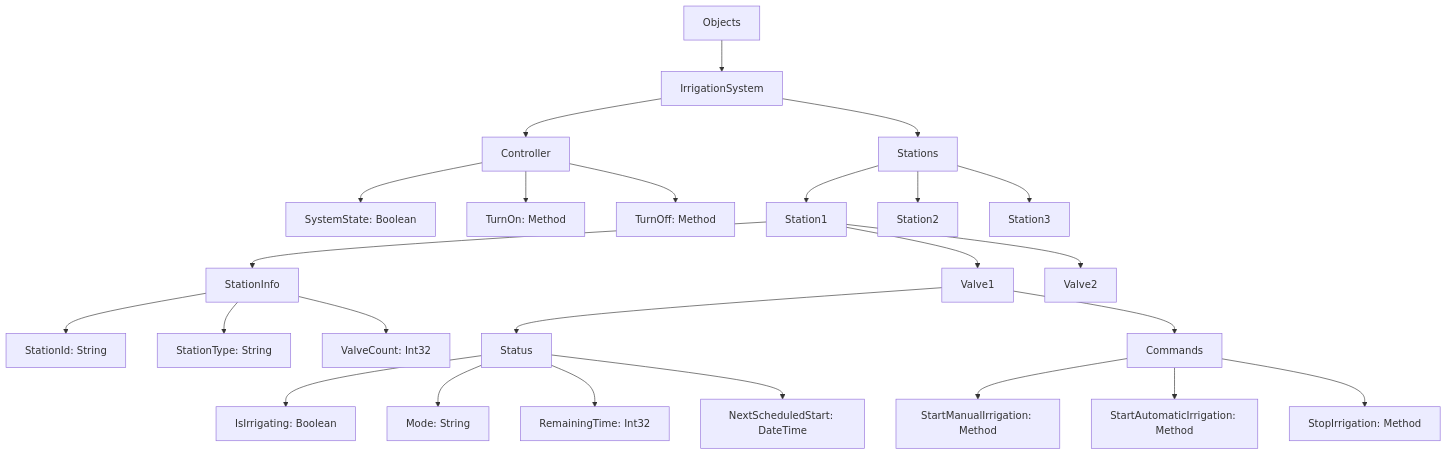
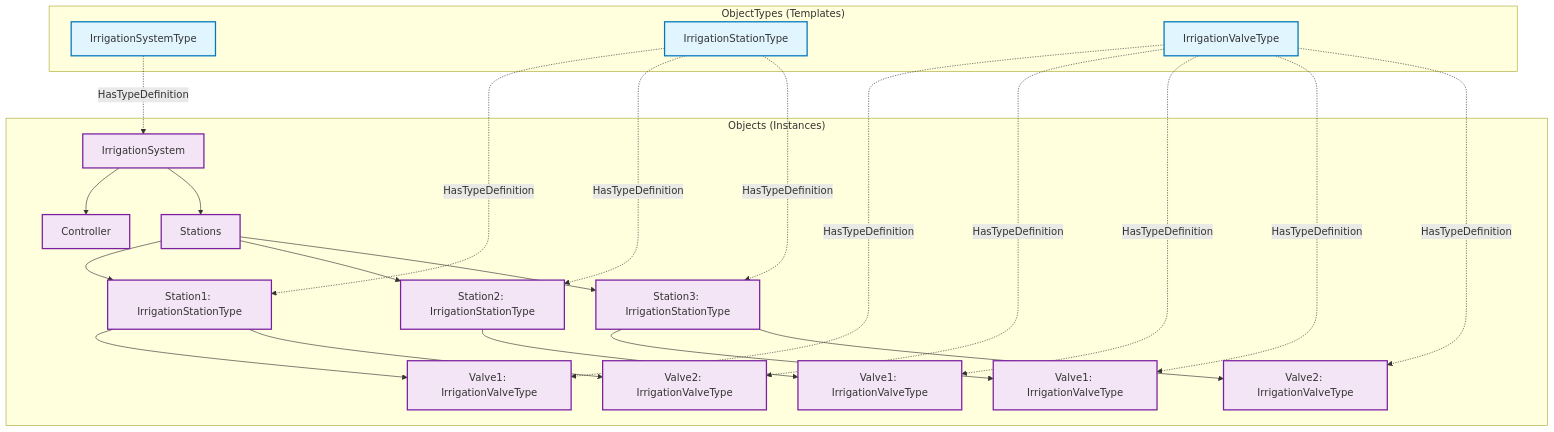
The diagram in docs/addressspace_design.md (matteo-didone/opcua-irrigation-system), drawn with Mermaid before and after one commit. The commit also changed other lines of this file and 4 other files, not shown here.

Commit message:
Improved overall structure implementing object types; updated README

````diff
--- a/docs/addressspace_design.md
+++ b/docs/addressspace_design.md
@@ -84,34 +171,56 @@
 ```mermaid
 graph TD
-    A[Objects] --> B[IrrigationSystem]
-    B --> C[Controller]
-    B --> D[Stations]
+    %% ObjectTypes Layer
+    subgraph "ObjectTypes (Templates)"
+        IST[IrrigationSystemType]
+        STAT[IrrigationStationType]
+        VT[IrrigationValveType]
+    end
     
-    C --> C1[SystemState: Boolean]
-    C --> C2[TurnOn: Method]
-    C --> C3[TurnOff: Method]
+    %% Instances Layer
+    subgraph "Objects (Instances)"
+        IS[IrrigationSystem]
+        CONT[Controller]
+        STATIONS[Stations]
+        
+        S1[Station1: IrrigationStationType]
+        S2[Station2: IrrigationStationType]
+        S3[Station3: IrrigationStationType]
+        
+        S1V1[Valve1: IrrigationValveType]
+        S1V2[Valve2: IrrigationValveType]
+        S2V1[Valve1: IrrigationValveType]
+        S3V1[Valve1: IrrigationValveType]
+        S3V2[Valve2: IrrigationValveType]
+    end
     
-    D --> S1[Station1]
-    D --> S2[Station2] 
-    D --> S3[Station3]
+    %% Type relationships
+    IST -.->|HasTypeDefinition| IS
+    STAT -.->|HasTypeDefinition| S1
+    STAT -.->|HasTypeDefinition| S2
+    STAT -.->|HasTypeDefinition| S3
+    VT -.->|HasTypeDefinition| S1V1
+    VT -.->|HasTypeDefinition| S1V2
+    VT -.->|HasTypeDefinition| S2V1
+    VT -.->|HasTypeDefinition| S3V1
+    VT -.->|HasTypeDefinition| S3V2
     
-    S1 --> S1I[StationInfo]
-    S1 --> S1V1[Valve1]
-    S1 --> S1V2[Valve2]
+    %% Instance relationships
+    IS --> CONT
+    IS --> STATIONS
+    STATIONS --> S1
+    STATIONS --> S2
+    STATIONS --> S3
+    S1 --> S1V1
+    S1 --> S1V2
+    S2 --> S2V1
+    S3 --> S3V1
+    S3 --> S3V2
     
-    S1I --> S1I1[StationId: String]
-    S1I --> S1I2[StationType: String]
-    S1I --> S1I3[ValveCount: Int32]
+    %% Styling
+    classDef objectType fill:#e1f5fe,stroke:#0277bd,stroke-width:2px
+    classDef instance fill:#f3e5f5,stroke:#7b1fa2,stroke-width:2px
     
-    S1V1 --> S1V1S[Status]
-    S1V1 --> S1V1C[Commands]
-    
-    S1V1S --> S1V1S1[IsIrrigating: Boolean]
-    S1V1S --> S1V1S2[Mode: String]
-    S1V1S --> S1V1S3[RemainingTime: Int32]
-    S1V1S --> S1V1S4[NextScheduledStart: DateTime]
-    
-    S1V1C --> S1V1C1[StartManualIrrigation: Method]
-    S1V1C --> S1V1C2[StartAutomaticIrrigation: Method]
-    S1V1C --> S1V1C3[StopIrrigation: Method]
+    class IST,STAT,VT objectType
+    class IS,CONT,STATIONS,S1,S2,S3,S1V1,S1V2,S2V1,S3V1,S3V2 instance
 ```
````
